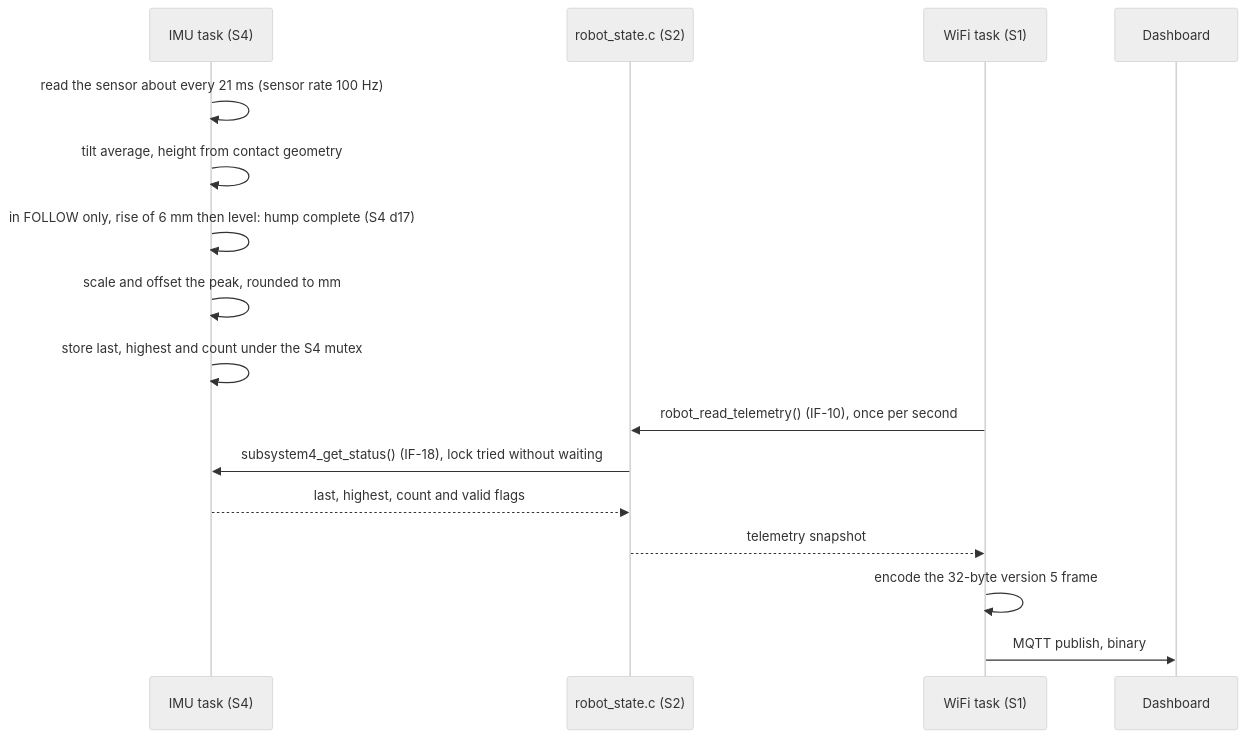
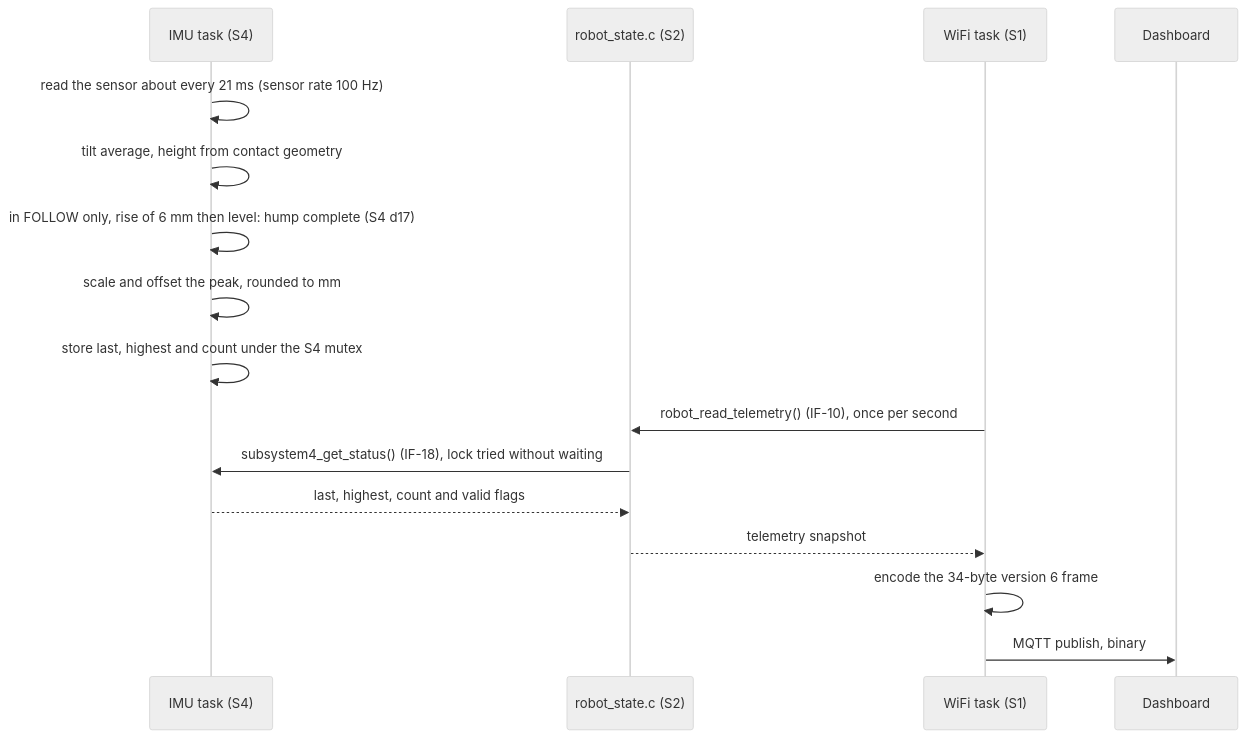
The seventh of 7 diagrams in docs/final_architecture.md (timothyckl/INF2004-P2-08-RobotCar), drawn with Mermaid (neutral theme) before and after one commit. The commit also changed other lines of this file and 20 other files, not shown here.

````diff
--- a/docs/final_architecture.md
+++ b/docs/final_architecture.md
@@ -283,18 +283,18 @@
 ```mermaid
 sequenceDiagram
   participant I as IMU task (S4)
   participant R as robot_state.c (S2)
   participant W as WiFi task (S1)
   participant D as Dashboard
   I->>I: read the sensor about every 21 ms (sensor rate 100 Hz)
   I->>I: tilt average, height from contact geometry
   I->>I: in FOLLOW only, rise of 6 mm then level: hump complete (S4 d17)
   I->>I: scale and offset the peak, rounded to mm
   I->>I: store last, highest and count under the S4 mutex
   W->>R: robot_read_telemetry() (IF-10), once per second
   R->>I: subsystem4_get_status() (IF-18), lock tried without waiting
   I-->>R: last, highest, count and valid flags
   R-->>W: telemetry snapshot
-  W->>W: encode the 32-byte version 5 frame
+  W->>W: encode the 34-byte version 6 frame
   W->>D: MQTT publish, binary
 ```
````
